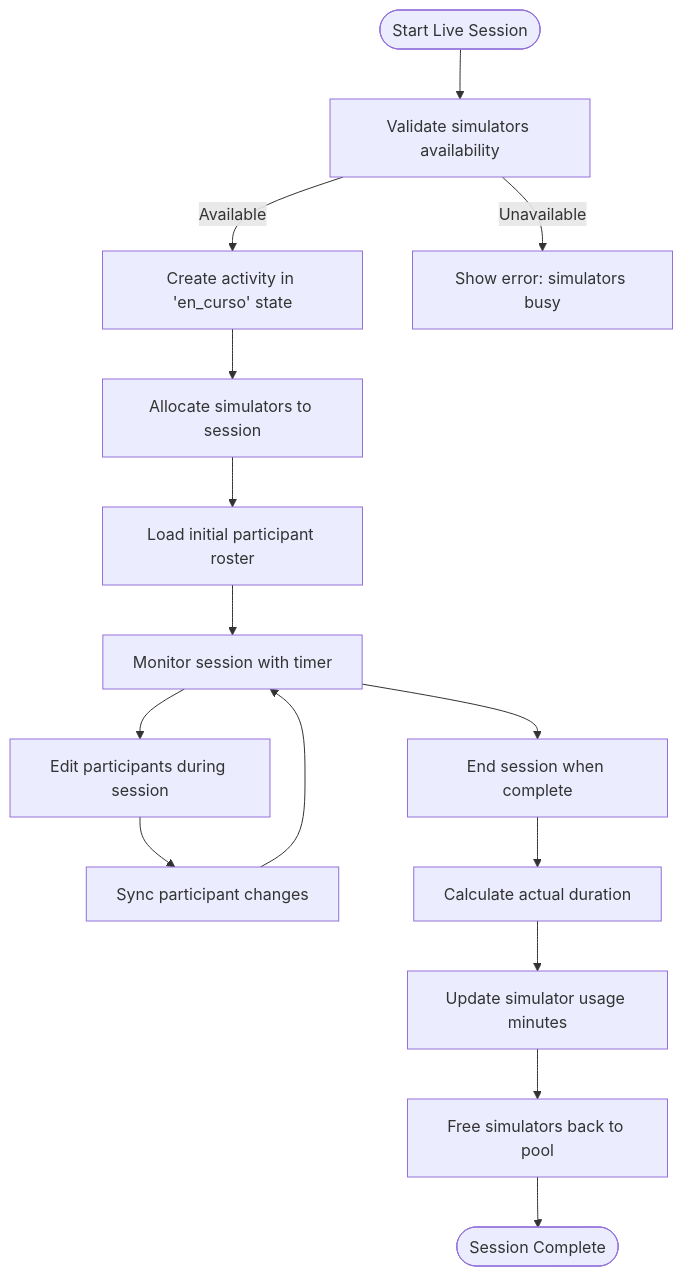
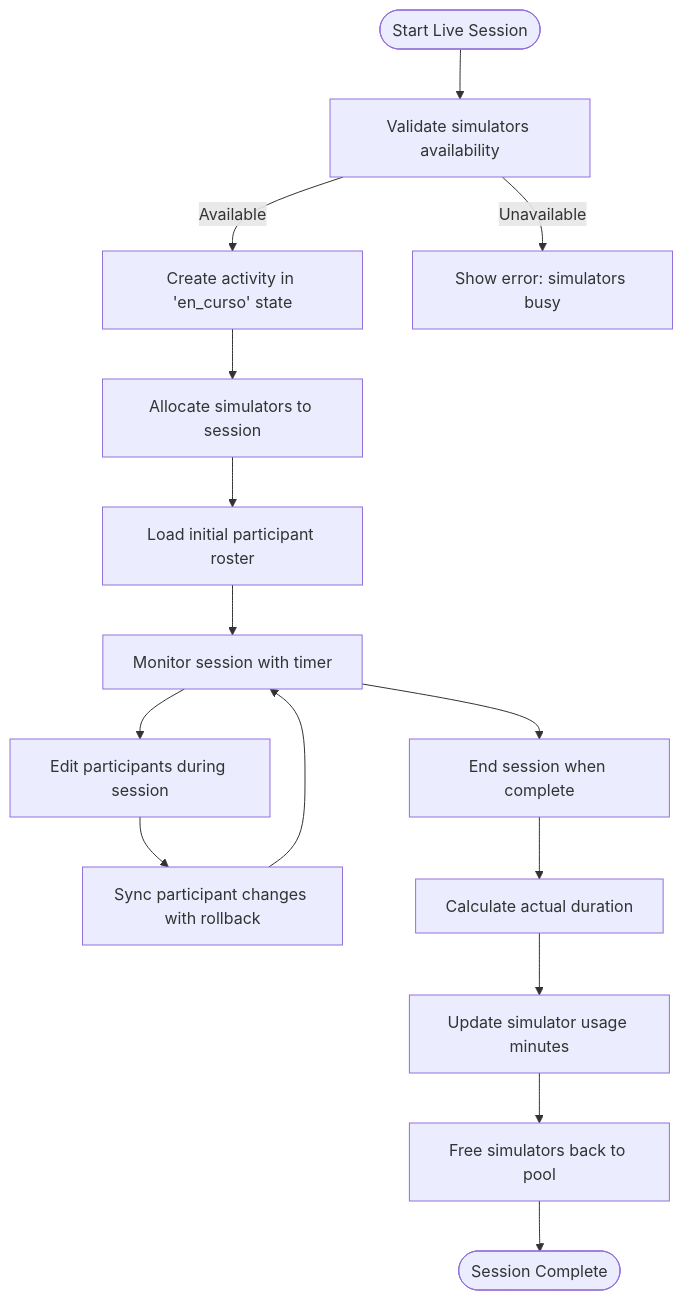
One commit to AgusCatra/simu-twin-web changed the fourth of 9 diagrams in .qoder/repowiki/en/content/Application Structure & Organization/Administrative Panel.md. Above: the diagram before and after it, drawn with Mermaid. The commit also changed other lines of this file and 11 other files, not shown here.

````diff
--- a/.qoder/repowiki/en/content/Application Structure & Organization/Administrative Panel.md
+++ b/.qoder/repowiki/en/content/Application Structure & Organization/Administrative Panel.md
@@ -287,17 +401,17 @@
 ```mermaid
 flowchart TD
 Start(["Start Live Session"]) --> Validate["Validate simulators availability"]
 Validate --> |Available| CreateActivity["Create activity in 'en_curso' state"]
 Validate --> |Unavailable| Error["Show error: simulators busy"]
 CreateActivity --> AllocateSimulators["Allocate simulators to session"]
 AllocateSimulators --> LoadParticipants["Load initial participant roster"]
 LoadParticipants --> MonitorSession["Monitor session with timer"]
 MonitorSession --> EditParticipants["Edit participants during session"]
-EditParticipants --> SyncParticipants["Sync participant changes"]
+EditParticipants --> SyncParticipants["Sync participant changes with rollback"]
 SyncParticipants --> MonitorSession
 MonitorSession --> EndSession["End session when complete"]
 EndSession --> CalculateDuration["Calculate actual duration"]
 CalculateDuration --> UpdateUsage["Update simulator usage minutes"]
 UpdateUsage --> FreeSimulators["Free simulators back to pool"]
 FreeSimulators --> Complete(["Session Complete"])
 ```
````
